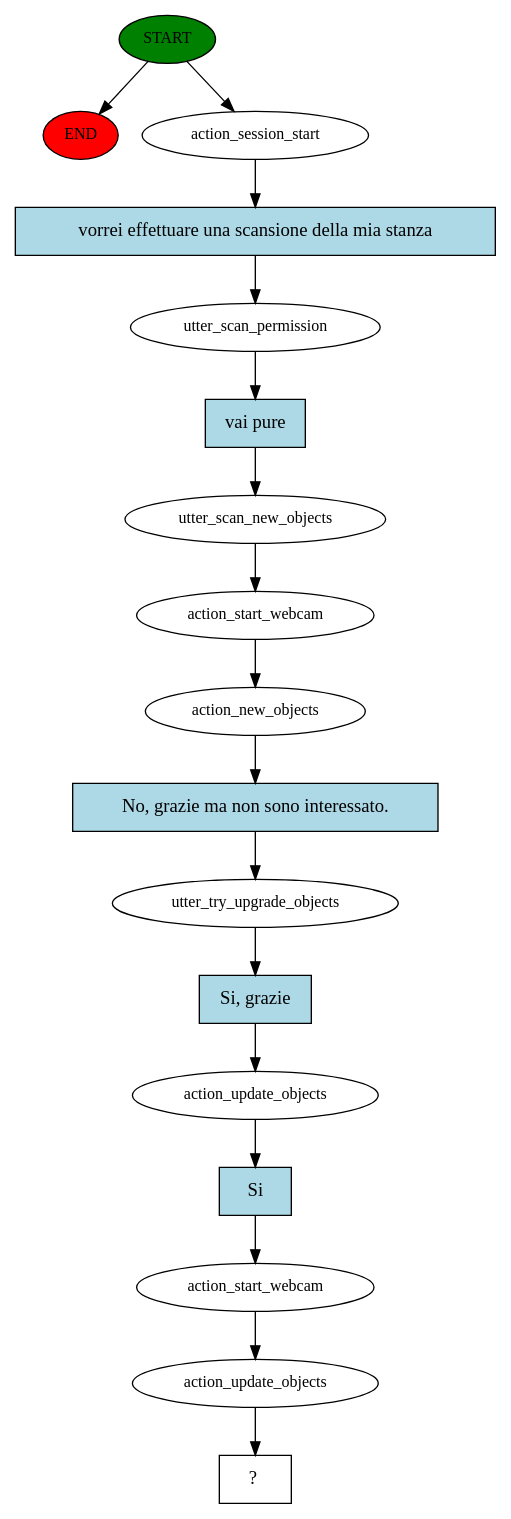
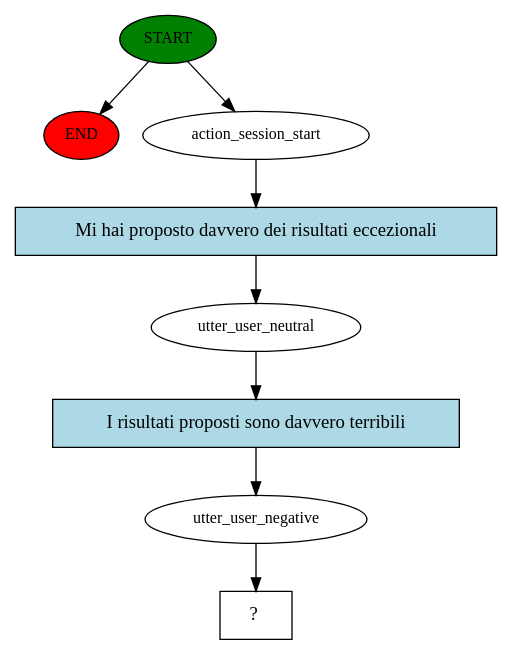
One commit to Giustino98/RasaChatbot changed the diagram in story_graph.dot. Above: the diagram before and after it, drawn with Graphviz. The commit also changed 16 other files, not shown here.

```diff
--- a/story_graph.dot
+++ b/story_graph.dot
@@ -1,35 +1,17 @@
 digraph  {
 0 [class="start active", fillcolor=green, fontsize=12, label=START, style=filled];
 "-1" [class=end, fillcolor=red, fontsize=12, label=END, style=filled];
 1 [class=active, fontsize=12, label=action_session_start];
-2 [class=active, fontsize=12, label=utter_scan_permission];
-3 [class=active, fontsize=12, label=utter_scan_new_objects];
-4 [class=active, fontsize=12, label=action_start_webcam];
-5 [class=active, fontsize=12, label=action_new_objects];
-6 [class=active, fontsize=12, label=utter_try_upgrade_objects];
-7 [class=active, fontsize=12, label=action_update_objects];
-8 [class=active, fontsize=12, label=action_start_webcam];
-9 [class=active, fontsize=12, label=action_update_objects];
-10 [class="intent dashed active", label="  ?  ", shape=rect];
-11 [class="intent active", fillcolor=lightblue, label="vorrei effettuare una scansione della mia stanza", shape=rect, style=filled];
-12 [class="intent active", fillcolor=lightblue, label="vai pure", shape=rect, style=filled];
-13 [class="intent active", fillcolor=lightblue, label="No, grazie ma non sono interessato.", shape=rect, style=filled];
-14 [class="intent active", fillcolor=lightblue, label="Si, grazie", shape=rect, style=filled];
-15 [class="intent active", fillcolor=lightblue, label=Si, shape=rect, style=filled];
+2 [class=active, fontsize=12, label=utter_user_neutral];
+3 [class=active, fontsize=12, label=utter_user_negative];
+4 [class="intent dashed active", label="  ?  ", shape=rect];
+5 [class="intent active", fillcolor=lightblue, label="Mi hai proposto davvero dei risultati eccezionali", shape=rect, style=filled];
+6 [class="intent active", fillcolor=lightblue, label="I risultati proposti sono davvero terribili", shape=rect, style=filled];
 0 -> "-1"  [class="", key=NONE, label=""];
 0 -> 1  [class=active, key=NONE, label=""];
-1 -> 11  [class=active, key=0];
-2 -> 12  [class=active, key=0];
+1 -> 5  [class=active, key=0];
+2 -> 6  [class=active, key=0];
 3 -> 4  [class=active, key=NONE, label=""];
-4 -> 5  [class=active, key=NONE, label=""];
-5 -> 13  [class=active, key=0];
-6 -> 14  [class=active, key=0];
-7 -> 15  [class=active, key=0];
-8 -> 9  [class=active, key=NONE, label=""];
-9 -> 10  [class=active, key=NONE, label=""];
-11 -> 2  [class=active, key=0];
-12 -> 3  [class=active, key=0];
-13 -> 6  [class=active, key=0];
-14 -> 7  [class=active, key=0];
-15 -> 8  [class=active, key=0];
+5 -> 2  [class=active, key=0];
+6 -> 3  [class=active, key=0];
 }
```
